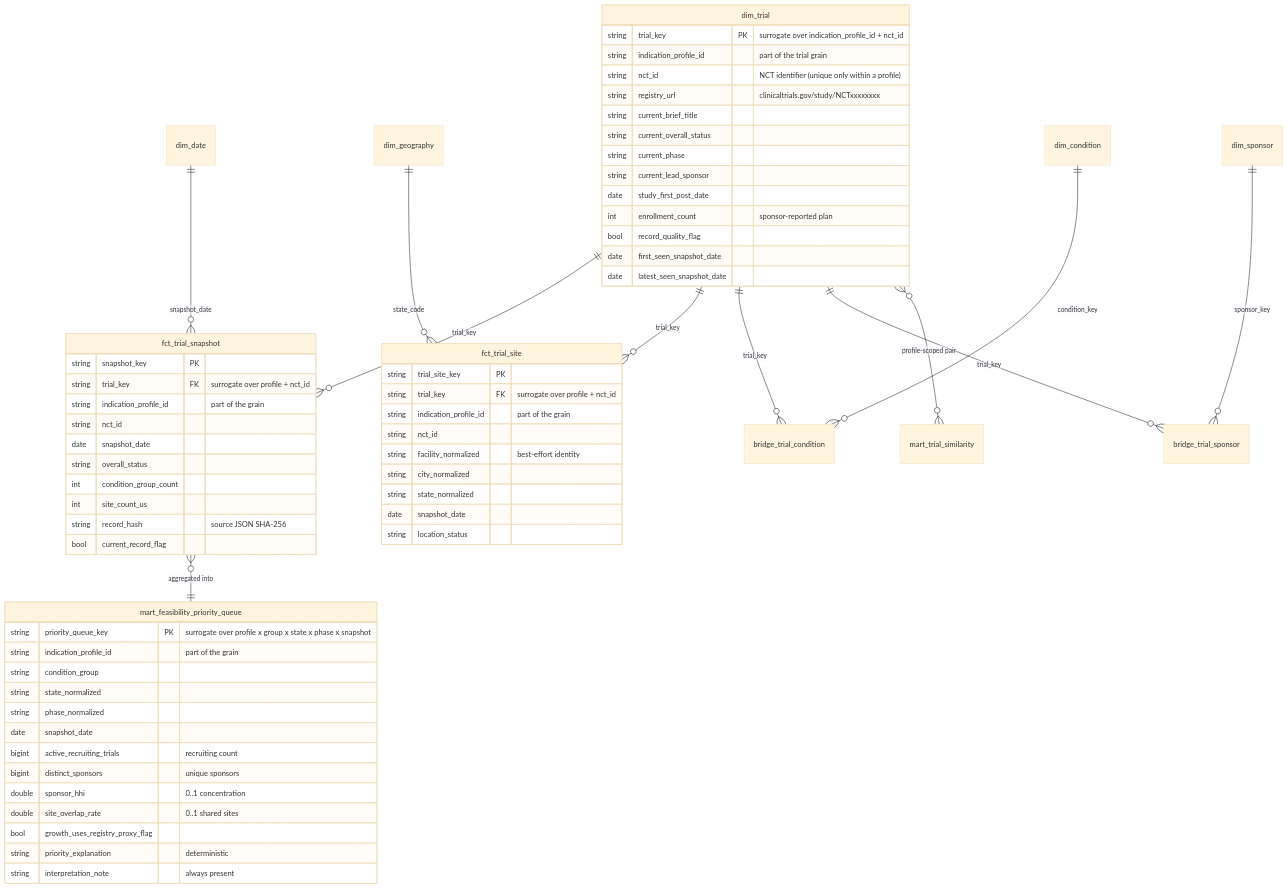
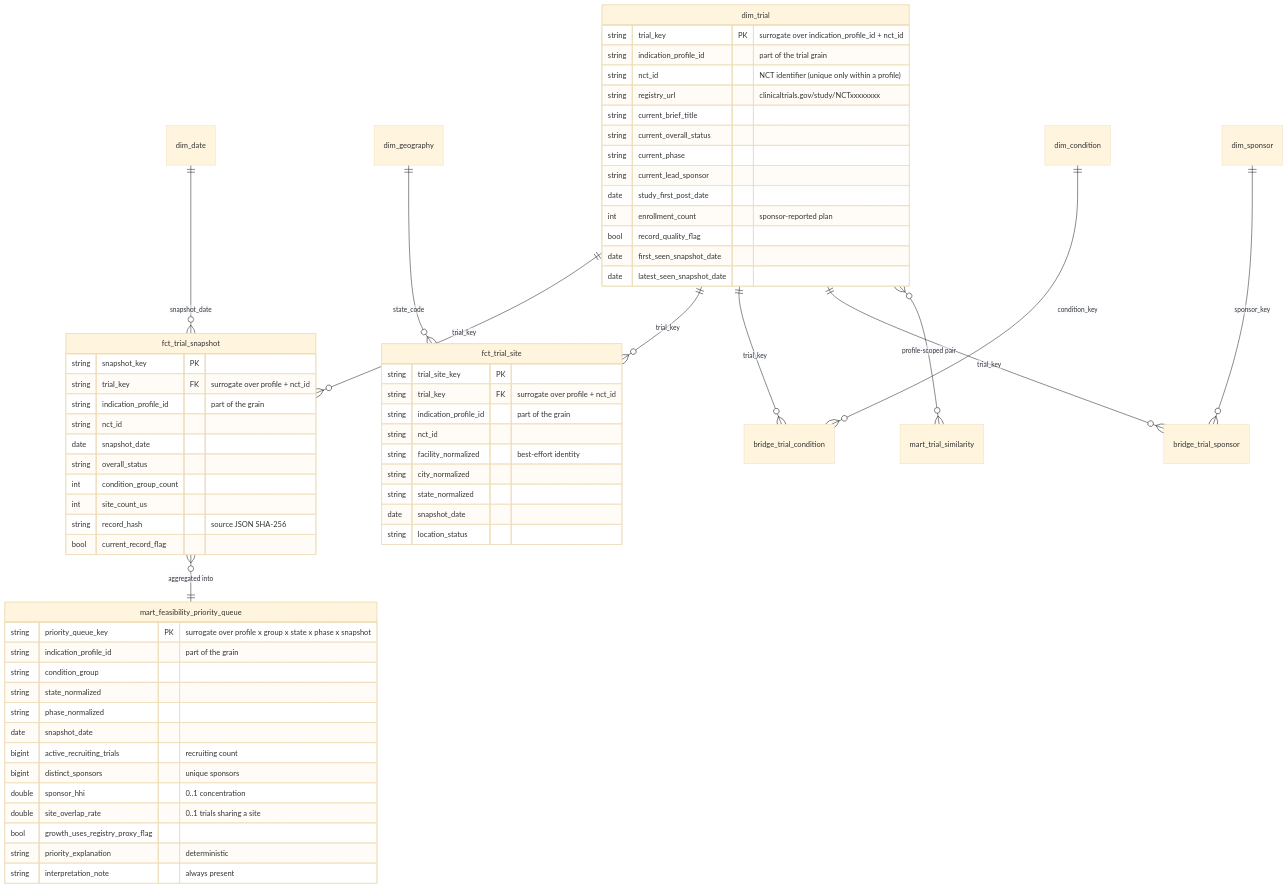
Before and after one commit to ne1cc/cti-dashboard: the sixth of 10 diagrams in PROJECT_DOCUMENTATION.md, drawn with Mermaid (base theme). The commit also changed other lines of this file and 7 other files, not shown here.

Commit message:
fix(analytics): address review round 3 findings for site overlap scope and docs alignment (#77, #82)

````diff
--- a/PROJECT_DOCUMENTATION.md
+++ b/PROJECT_DOCUMENTATION.md
@@ -456,67 +456,67 @@
 ```mermaid
 erDiagram
     dim_trial ||--o{ fct_trial_snapshot : "trial_key"
     dim_trial ||--o{ fct_trial_site : "trial_key"
     dim_trial ||--o{ bridge_trial_condition : "trial_key"
     dim_trial ||--o{ bridge_trial_sponsor : "trial_key"
     dim_condition ||--o{ bridge_trial_condition : "condition_key"
     dim_sponsor ||--o{ bridge_trial_sponsor : "sponsor_key"
     dim_geography ||--o{ fct_trial_site : "state_code"
     dim_date ||--o{ fct_trial_snapshot : "snapshot_date"
     fct_trial_snapshot }o--|| mart_feasibility_priority_queue : "aggregated into"
     dim_trial }o--o{ mart_trial_similarity : "profile-scoped pair"
 
     dim_trial {
         string trial_key PK "surrogate over indication_profile_id + nct_id"
         string indication_profile_id "part of the trial grain"
         string nct_id "NCT identifier (unique only within a profile)"
         string registry_url "clinicaltrials.gov/study/NCTxxxxxxxx"
         string current_brief_title
         string current_overall_status
         string current_phase
         string current_lead_sponsor
         date study_first_post_date
         int enrollment_count "sponsor-reported plan"
         bool record_quality_flag
         date first_seen_snapshot_date
         date latest_seen_snapshot_date
     }
     fct_trial_snapshot {
         string snapshot_key PK
         string trial_key FK "surrogate over profile + nct_id"
         string indication_profile_id "part of the grain"
         string nct_id
         date snapshot_date
         string overall_status
         int condition_group_count
         int site_count_us
         string record_hash "source JSON SHA-256"
         bool current_record_flag
     }
     fct_trial_site {
         string trial_site_key PK
         string trial_key FK "surrogate over profile + nct_id"
         string indication_profile_id "part of the grain"
         string nct_id
         string facility_normalized "best-effort identity"
         string city_normalized
         string state_normalized
         date snapshot_date
         string location_status
     }
     mart_feasibility_priority_queue {
         string priority_queue_key PK "surrogate over profile x group x state x phase x snapshot"
         string indication_profile_id "part of the grain"
         string condition_group
         string state_normalized
         string phase_normalized
         date snapshot_date
         bigint active_recruiting_trials "recruiting count"
         bigint distinct_sponsors "unique sponsors"
         double sponsor_hhi "0..1 concentration"
-        double site_overlap_rate "0..1 shared sites"
+        double site_overlap_rate "0..1 trials sharing a site"
         bool growth_uses_registry_proxy_flag
         string priority_explanation "deterministic"
         string interpretation_note "always present"
     }
 ```
````
